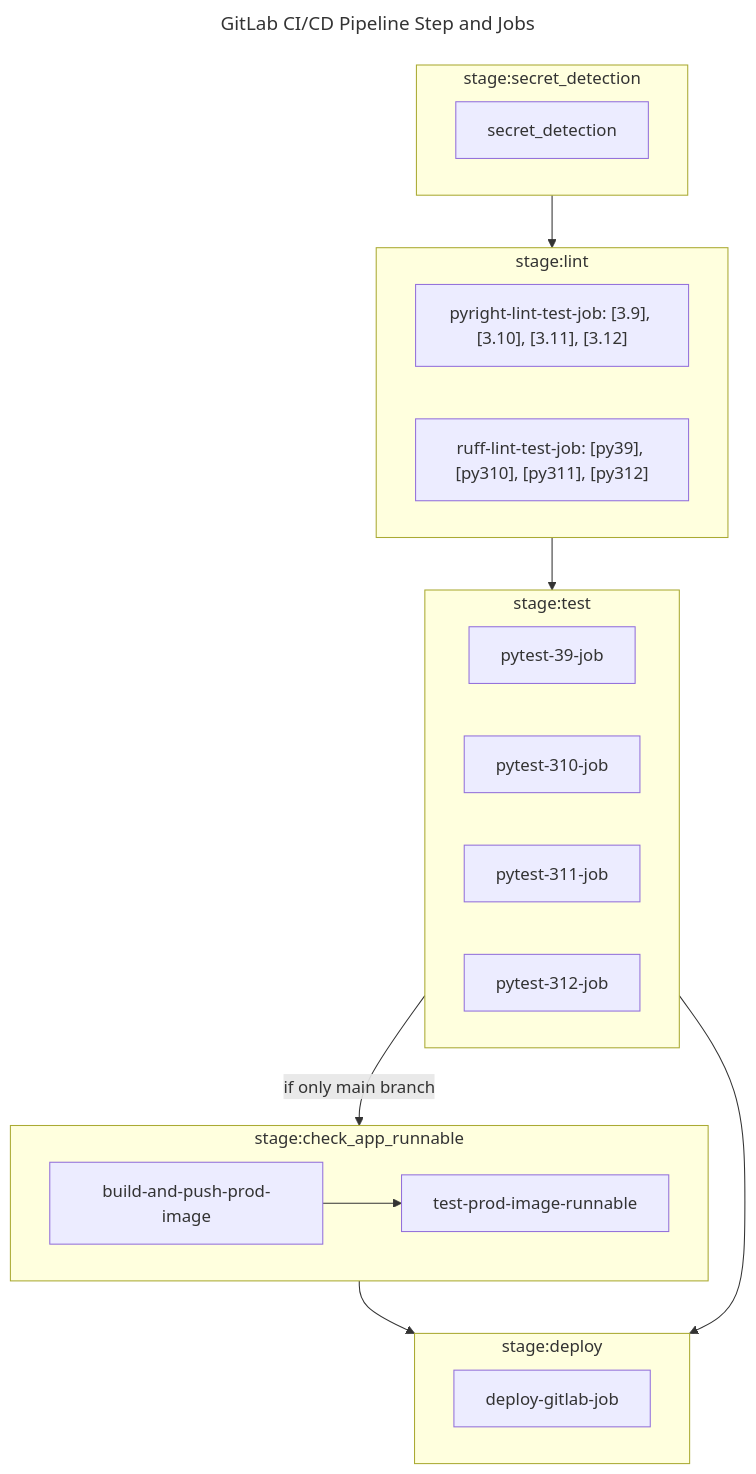
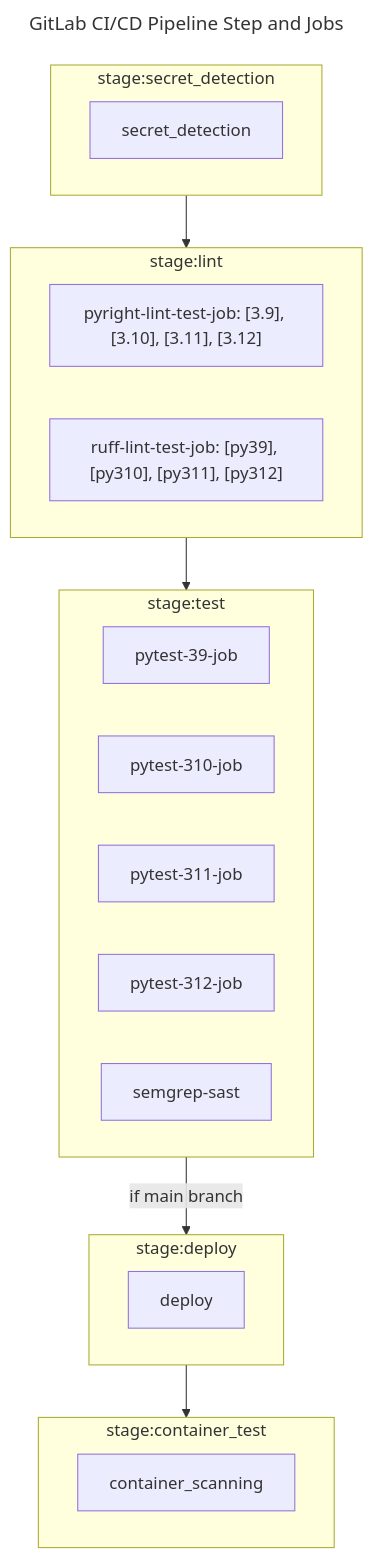
Before and after one commit to ThirdActiveDataExTech/RelationalSchemaMatching: the diagram in README.md, drawn with Mermaid. The commit also changed other lines of this file and 4 other files, not shown here.

Commit message:
feat: Configure SAST in `.gitlab-ci.yml`

````diff
--- a/README.md
+++ b/README.md
@@ -268,35 +274,35 @@
 ```mermaid
 ---
 title: GitLab CI/CD Pipeline Step and Jobs
 ---
 flowchart TD
     subgraph stage:secret_detection
     secret_detection
     end
     
     subgraph stage:lint
-    pyright-lint-test-job["pyright-lint-test-job: [3.9], [3.10], [3.11], [3.12]"]
-    ruff-lint-test-job["ruff-lint-test-job: [py39], [py310], [py311], [py312]"]
+    pyright-lint["pyright-lint-test-job: [3.9], [3.10], [3.11], [3.12]"]
+    ruff-lint["ruff-lint-test-job: [py39], [py310], [py311], [py312]"]
     end
    
     subgraph stage:test
     pytest-39-job
     pytest-310-job
     pytest-311-job
     pytest-312-job
+    semgrep-sast
     end
     
-    subgraph stage:check_app_runnable
-    build-and-push-prod-image --> test-prod-image-runnable
+    subgraph stage:container_test
+    container_scanning
     end
     
     subgraph stage:deploy
-    deploy-gitlab-job
+    deploy
     end
     
     stage:secret_detection--> stage:lint
     stage:lint--> stage:test
-    stage:test -- "if only main branch" --> stage:check_app_runnable
-    stage:check_app_runnable --> stage:deploy
-    stage:test --> stage:deploy
+    stage:test -- "if main branch" --> stage:deploy
+    stage:deploy --> stage:container_test
 ```
````
